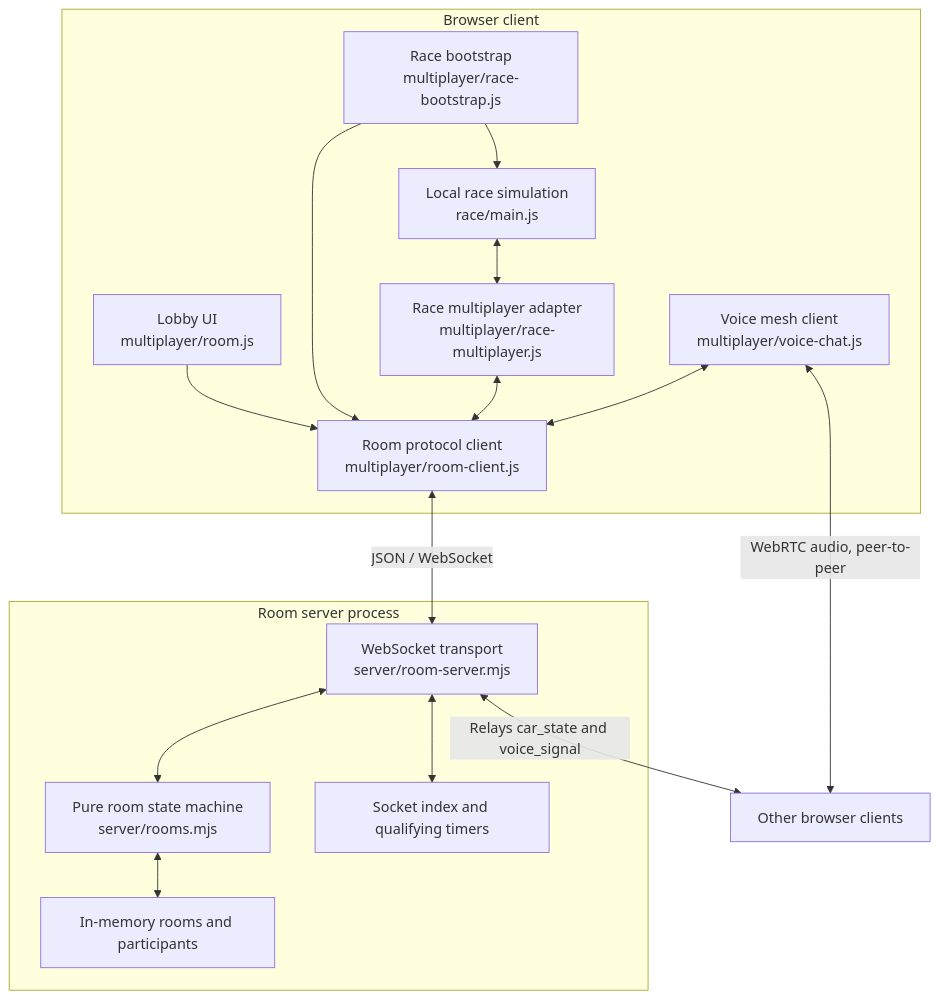
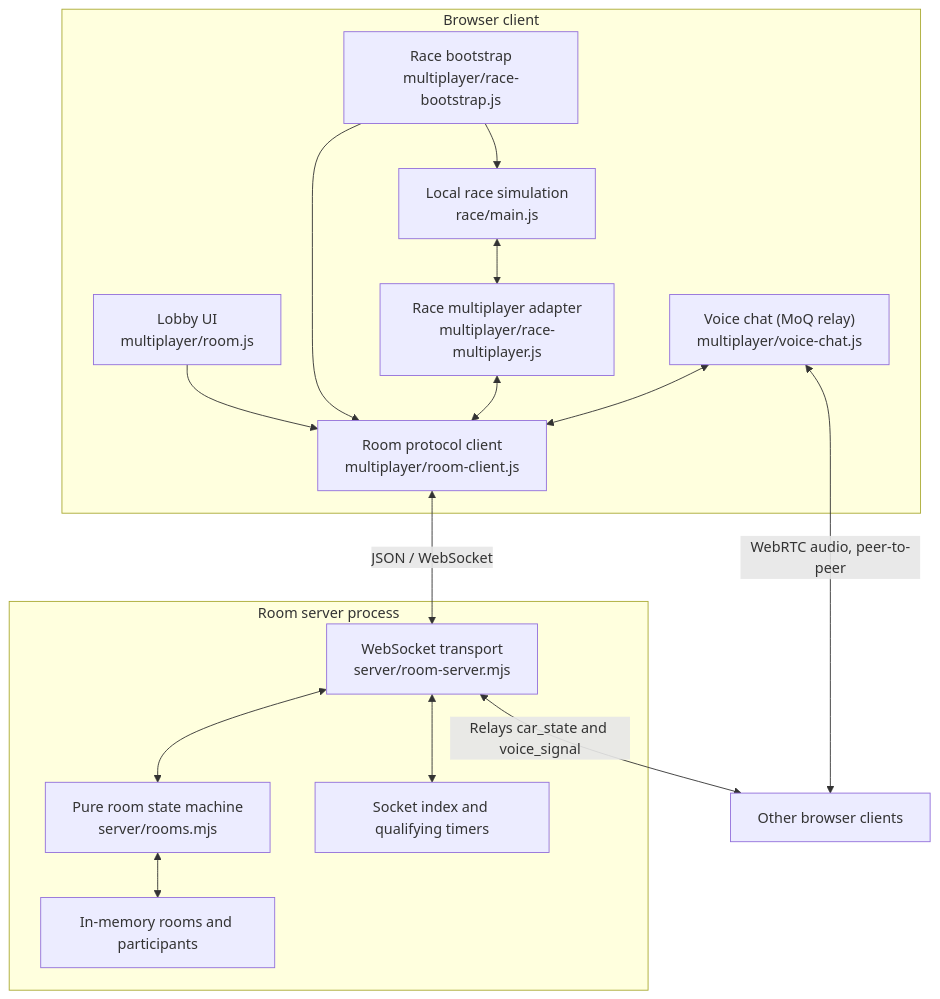
Before and after one commit to ottobit/f1-racer: the fourth of 6 diagrams in llm-wiki/wiki/f1-racer/c4-model.md, drawn with Mermaid. The commit also changed other lines of this file and 1 other file, not shown here.

Commit message:
Wiki: C4 labels say MoQ voice (#369)
Claude-Session: https://claude.ai/code/session_01RyVTGiSWSE6WWHgLvujkxi

````diff
--- a/llm-wiki/wiki/f1-racer/c4-model.md
+++ b/llm-wiki/wiki/f1-racer/c4-model.md
@@ -171,33 +171,33 @@
 ```mermaid
 flowchart TB
   subgraph browser["Browser client"]
     lobby["Lobby UI<br/>multiplayer/room.js"]
     client["Room protocol client<br/>multiplayer/room-client.js"]
     bootstrap["Race bootstrap<br/>multiplayer/race-bootstrap.js"]
     adapter["Race multiplayer adapter<br/>multiplayer/race-multiplayer.js"]
-    voice["Voice mesh client<br/>multiplayer/voice-chat.js"]
+    voice["Voice chat (MoQ relay)<br/>multiplayer/voice-chat.js"]
     race["Local race simulation<br/>race/main.js"]
   end
 
   subgraph backend["Room server process"]
     transport["WebSocket transport<br/>server/room-server.mjs"]
     domain["Pure room state machine<br/>server/rooms.mjs"]
     store["In-memory rooms and participants"]
     sockets["Socket index and qualifying timers"]
   end
 
   peers["Other browser clients"]
 
   lobby --> client
   bootstrap --> client
   bootstrap --> race
   race <--> adapter
   adapter <--> client
   voice <--> client
   client <-->|"JSON / WebSocket"| transport
   transport <--> domain
   domain <--> store
   transport <--> sockets
   transport <-->|"Relays car_state and voice_signal"| peers
   voice <-->|"WebRTC audio, peer-to-peer"| peers
 ```
````
